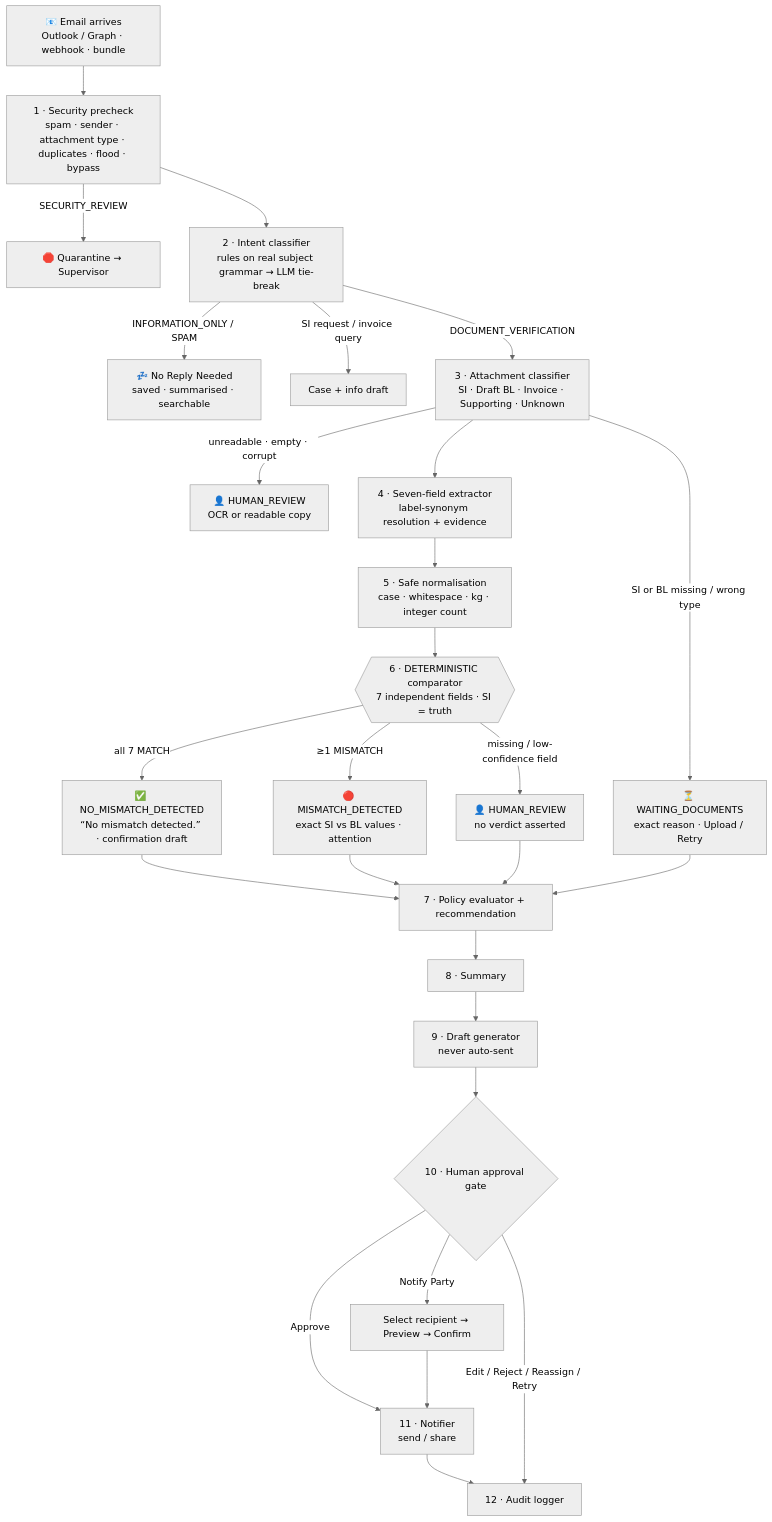
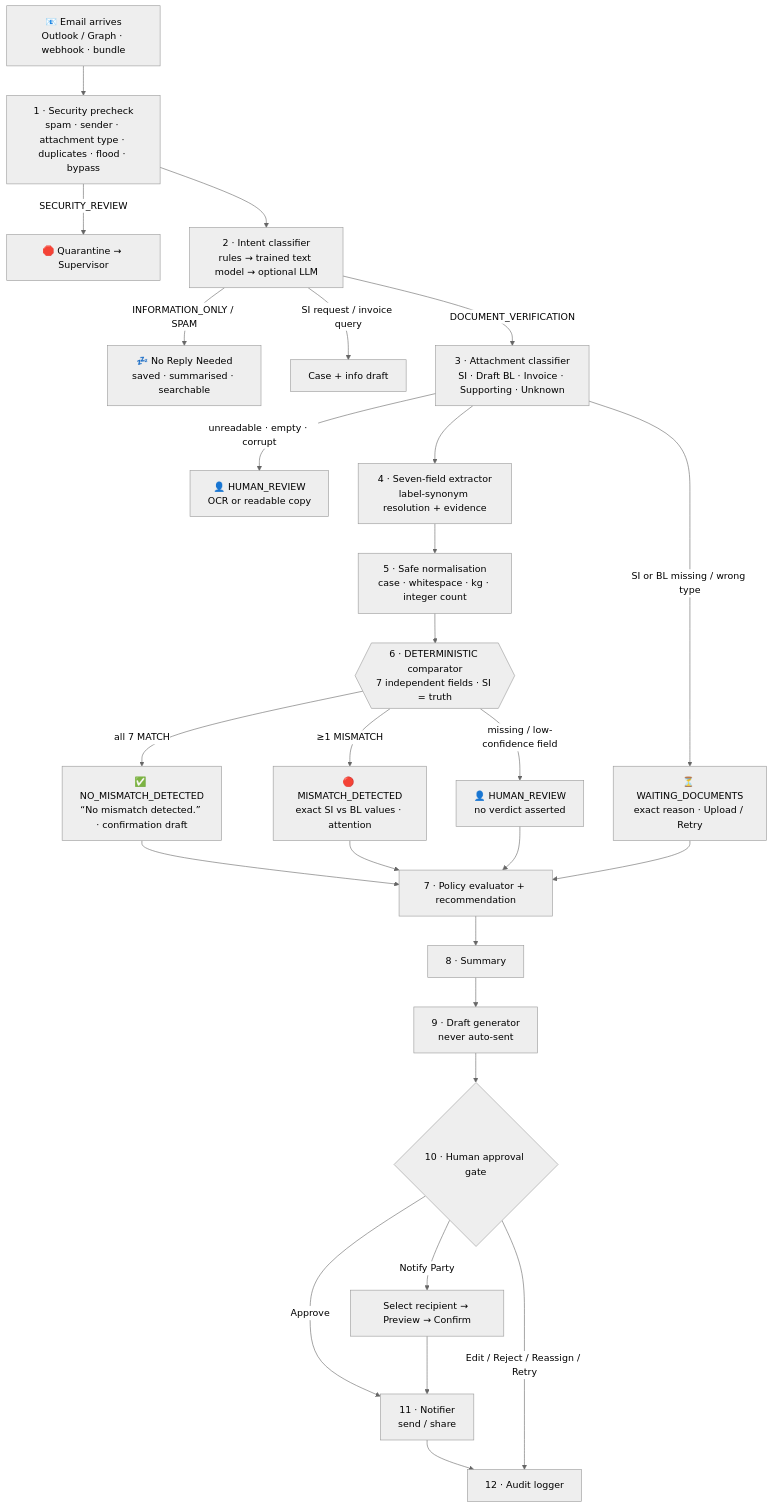
The first of 2 diagrams in README.md (Hermann-33/NovaShip_Averis), drawn with Mermaid (neutral theme) before and after one commit. The commit also changed other lines of this file and 5 other files, not shown here.

````diff
--- a/README.md
+++ b/README.md
@@ -100,23 +100,23 @@
 ```mermaid
 flowchart TD
     A[📧 Email arrives<br/>Outlook / Graph · webhook · bundle] --> B[1 · Security precheck<br/>spam · sender · attachment type · duplicates · flood · bypass]
     B -->|SECURITY_REVIEW| SR[🛑 Quarantine → Supervisor]
-    B --> C[2 · Intent classifier<br/>rules on real subject grammar → LLM tie-break]
+    B --> C[2 · Intent classifier<br/>rules → trained text model → optional LLM]
     C -->|INFORMATION_ONLY / SPAM| NA[💤 No Reply Needed<br/>saved · summarised · searchable]
     C -->|SI request / invoice query| OT[Case + info draft]
     C -->|DOCUMENT_VERIFICATION| D[3 · Attachment classifier<br/>SI · Draft BL · Invoice · Supporting · Unknown]
     D -->|SI or BL missing / wrong type| WD[⏳ WAITING_DOCUMENTS<br/>exact reason · Upload / Retry]
     D -->|unreadable · empty · corrupt| HR1[👤 HUMAN_REVIEW<br/>OCR or readable copy]
     D --> E[4 · Seven-field extractor<br/>label-synonym resolution + evidence]
     E --> F[5 · Safe normalisation<br/>case · whitespace · kg · integer count]
     F --> G{{6 · DETERMINISTIC comparator<br/>7 independent fields · SI = truth}}
     G -->|all 7 MATCH| OK[✅ NO_MISMATCH_DETECTED<br/>“No mismatch detected.” · confirmation draft]
     G -->|≥1 MISMATCH| MM[🔴 MISMATCH_DETECTED<br/>exact SI vs BL values · attention]
     G -->|missing / low-confidence field| HR2[👤 HUMAN_REVIEW<br/>no verdict asserted]
     OK & MM & HR2 & WD --> H[7 · Policy evaluator + recommendation]
     H --> I[8 · Summary] --> J[9 · Draft generator<br/>never auto-sent]
     J --> K{10 · Human approval gate}
     K -->|Approve| L[11 · Notifier<br/>send / share] --> M[12 · Audit logger]
     K -->|Edit / Reject / Reassign / Retry| M
     K -->|Notify Party| NP[Select recipient → Preview → Confirm] --> L
 ```
````
